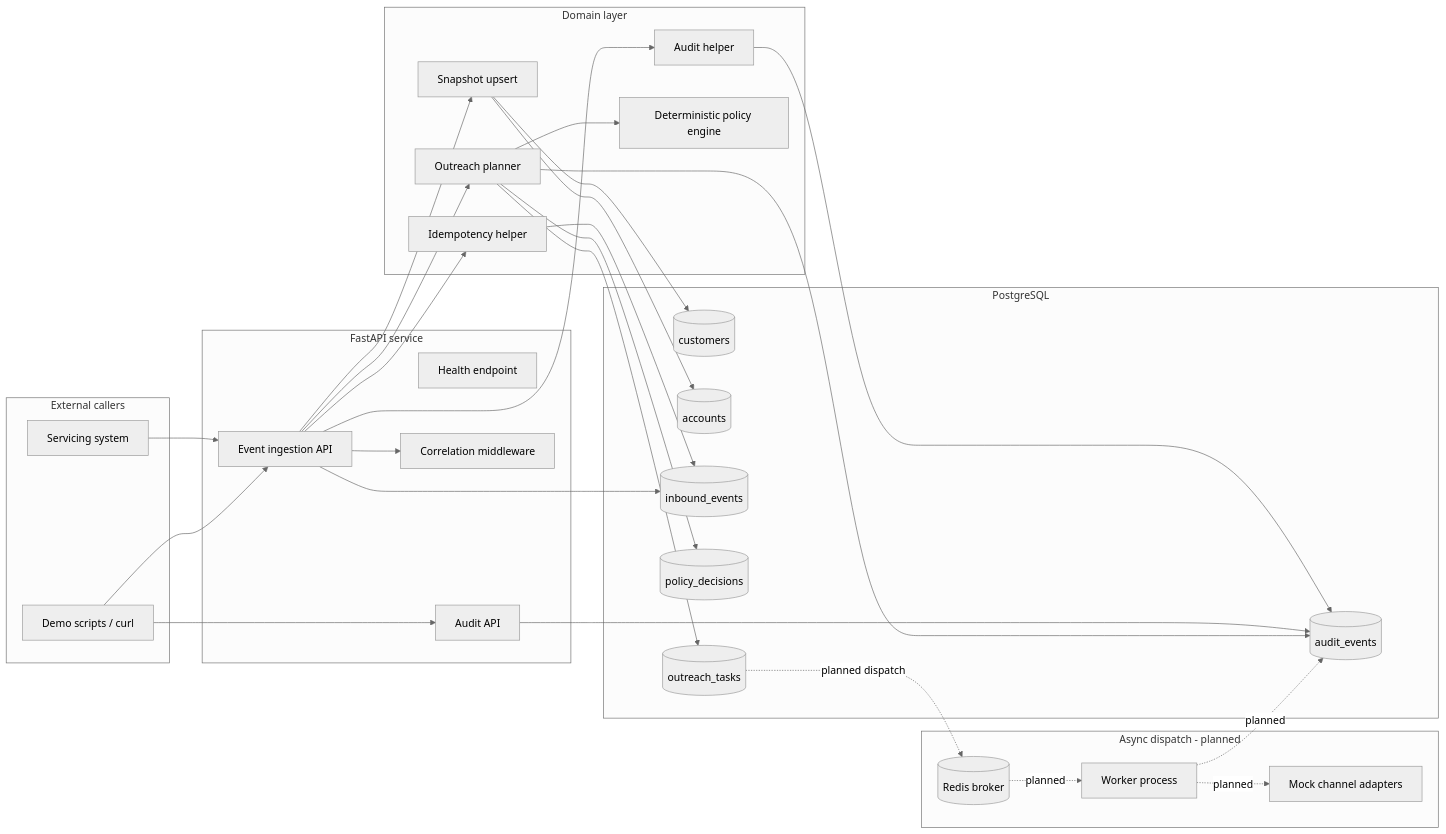
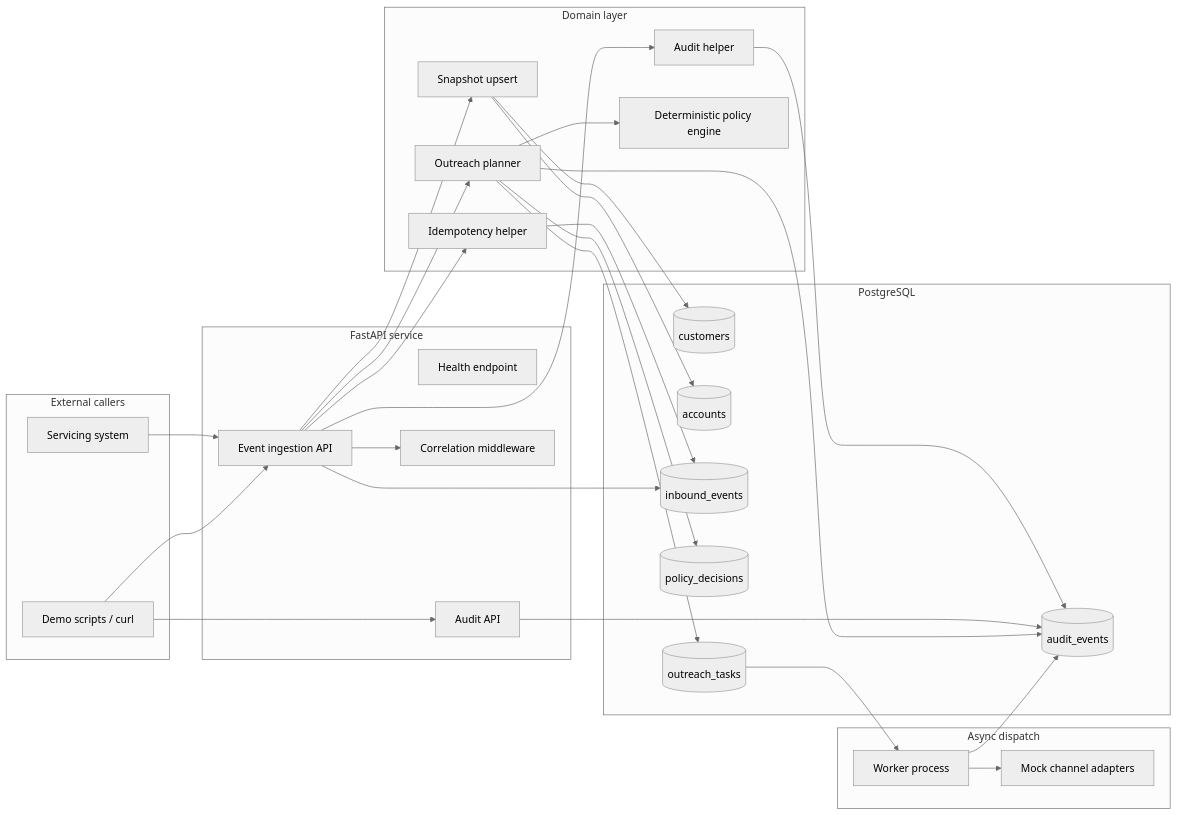
Before and after one commit to rafa761/ai-compliance-orquestrator: the second of 2 diagrams in README.md, drawn with Mermaid (neutral theme). The commit also changed other lines of this file and 15 other files, not shown here.

Commit message:
feat: Implement phase 6 - worker dispatch (#8)

````diff
--- a/README.md
+++ b/README.md
@@ -104,60 +109,58 @@
 ```mermaid
 flowchart LR
     subgraph Clients[External callers]
         Servicing[Servicing system]
         Demo[Demo scripts / curl]
     end
 
     subgraph API[FastAPI service]
         Health[Health endpoint]
         Events[Event ingestion API]
         AuditAPI[Audit API]
         Correlation[Correlation middleware]
     end
 
     subgraph Domain[Domain layer]
         Idempotency[Idempotency helper]
         SnapshotUpsert[Snapshot upsert]
         AuditHelper[Audit helper]
         Policy[Deterministic policy engine]
         Planner[Outreach planner]
     end
 
     subgraph Data[PostgreSQL]
         Customers[(customers)]
         Accounts[(accounts)]
         Inbound[(inbound_events)]
         Decisions[(policy_decisions)]
         Tasks[(outreach_tasks)]
         Audit[(audit_events)]
     end
 
-    subgraph Async[Async dispatch - planned]
-        Redis[(Redis broker)]
+    subgraph Async[Async dispatch]
         Worker[Worker process]
         Adapters[Mock channel adapters]
     end
 
     Servicing --> Events
     Demo --> Events
     Demo --> AuditAPI
     Events --> Correlation
     Events --> Idempotency
     Events --> SnapshotUpsert
     Events --> AuditHelper
     Events --> Planner
     Events --> Inbound
     SnapshotUpsert --> Customers
     SnapshotUpsert --> Accounts
     Idempotency --> Inbound
     AuditHelper --> Audit
     AuditAPI --> Audit
     Planner --> Policy
     Planner --> Decisions
     Planner --> Tasks
     Planner --> Audit
-    Tasks -. planned dispatch .-> Redis
-    Redis -. planned .-> Worker
-    Worker -. planned .-> Adapters
-    Worker -. planned .-> Audit
+    Tasks --> Worker
+    Worker --> Adapters
+    Worker --> Audit
 ```
````
